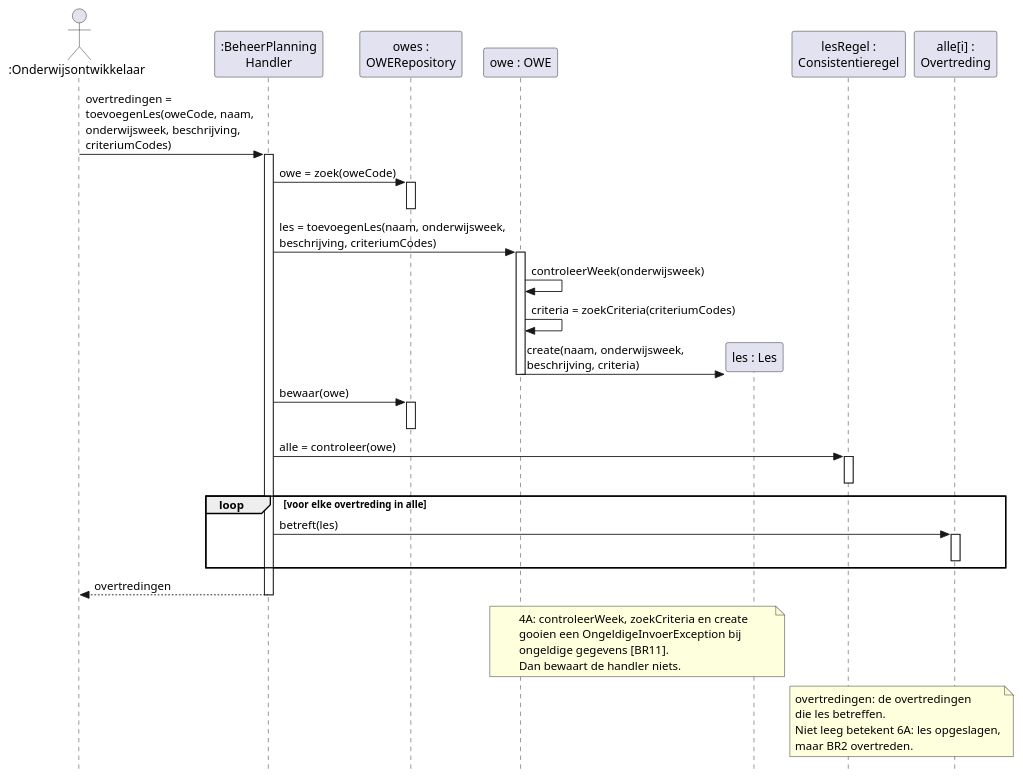
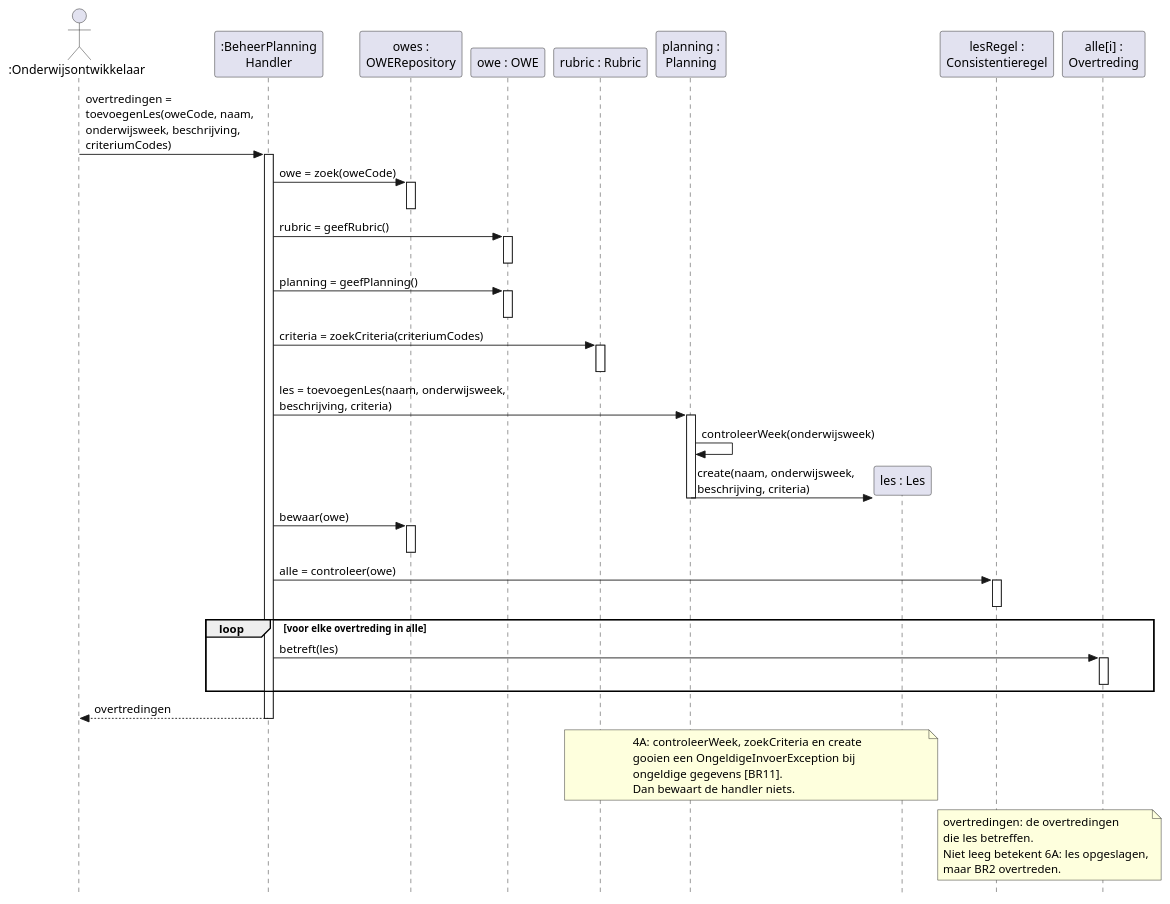
Before and after one commit to HAN-Craftsmanship-KL-JJG/casus: the diagram in docs/diagrams/sd-uc04-toevoegenles.puml, drawn with PlantUML. The commit also changed 18 other files, not shown here.

First line of the commit message:
refactor(docs): split OWE into Rubric and Planning

```diff
--- a/docs/diagrams/sd-uc04-toevoegenles.puml
+++ b/docs/diagrams/sd-uc04-toevoegenles.puml
@@ -1,55 +1,65 @@
 @startuml sd-uc04-toevoegenles
 ' Sequence diagram van systeemoperatie toevoegenLes (UC04, Toevoegen les, stap 3 tot en met 6).
 ' Toelichting: docs/08-sequencediagrammen.md
 skinparam style strictuml
 skinparam shadowing false
 skinparam defaultFontName Helvetica
 hide footbox
 
 actor ":Onderwijsontwikkelaar" as ontwikkelaar
 participant ":BeheerPlanning\nHandler" as handler
 participant "owes :\nOWERepository" as owes
 participant "owe : OWE" as owe
+participant "rubric : Rubric" as rubric
+participant "planning :\nPlanning" as planning
 participant "les : Les" as les
 participant "lesRegel :\nConsistentieregel" as regel
 participant "alle[i] :\nOvertreding" as overtreding
 
 ontwikkelaar -> handler : overtredingen =\ntoevoegenLes(oweCode, naam,\n\
 onderwijsweek, beschrijving,\ncriteriumCodes)
 activate handler
 handler -> owes : owe = zoek(oweCode)
 activate owes
 deactivate owes
-handler -> owe : les = toevoegenLes(naam, onderwijsweek,\nbeschrijving, criteriumCodes)
+handler -> owe : rubric = geefRubric()
 activate owe
-owe -> owe : controleerWeek(onderwijsweek)
-owe -> owe : criteria = zoekCriteria(criteriumCodes)
+deactivate owe
+handler -> owe : planning = geefPlanning()
+activate owe
+deactivate owe
+handler -> rubric : criteria = zoekCriteria(criteriumCodes)
+activate rubric
+deactivate rubric
+handler -> planning : les = toevoegenLes(naam, onderwijsweek,\nbeschrijving, criteria)
+activate planning
+planning -> planning : controleerWeek(onderwijsweek)
 create les
-owe -> les : create(naam, onderwijsweek,\nbeschrijving, criteria)
-deactivate owe
+planning -> les : create(naam, onderwijsweek,\nbeschrijving, criteria)
+deactivate planning
 handler -> owes : bewaar(owe)
 activate owes
 deactivate owes
 handler -> regel : alle = controleer(owe)
 activate regel
 deactivate regel
 loop voor elke overtreding in alle
   handler -> overtreding : betreft(les)
   activate overtreding
   deactivate overtreding
 end
 handler --> ontwikkelaar : overtredingen
 deactivate handler
-note over owe, les
+note over rubric, les
   4A: controleerWeek, zoekCriteria en create
   gooien een OngeldigeInvoerException bij
   ongeldige gegevens [BR11].
   Dan bewaart de handler niets.
 end note
 note over regel, overtreding
   overtredingen: de overtredingen
   die les betreffen.
   Niet leeg betekent 6A: les opgeslagen,
   maar BR2 overtreden.
 end note
 @enduml
```
